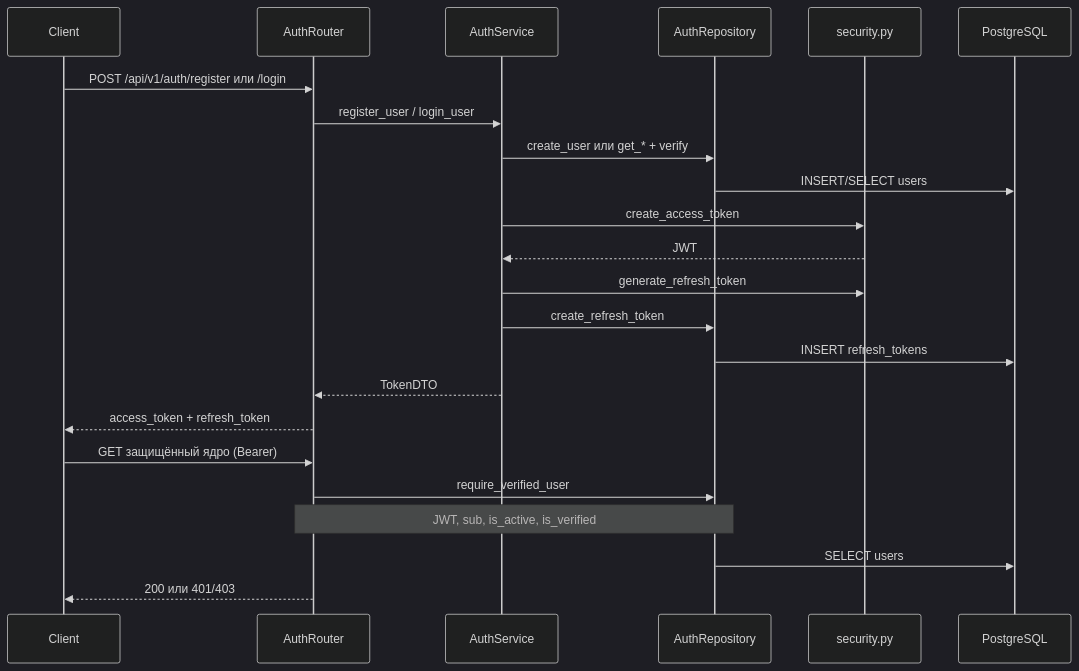
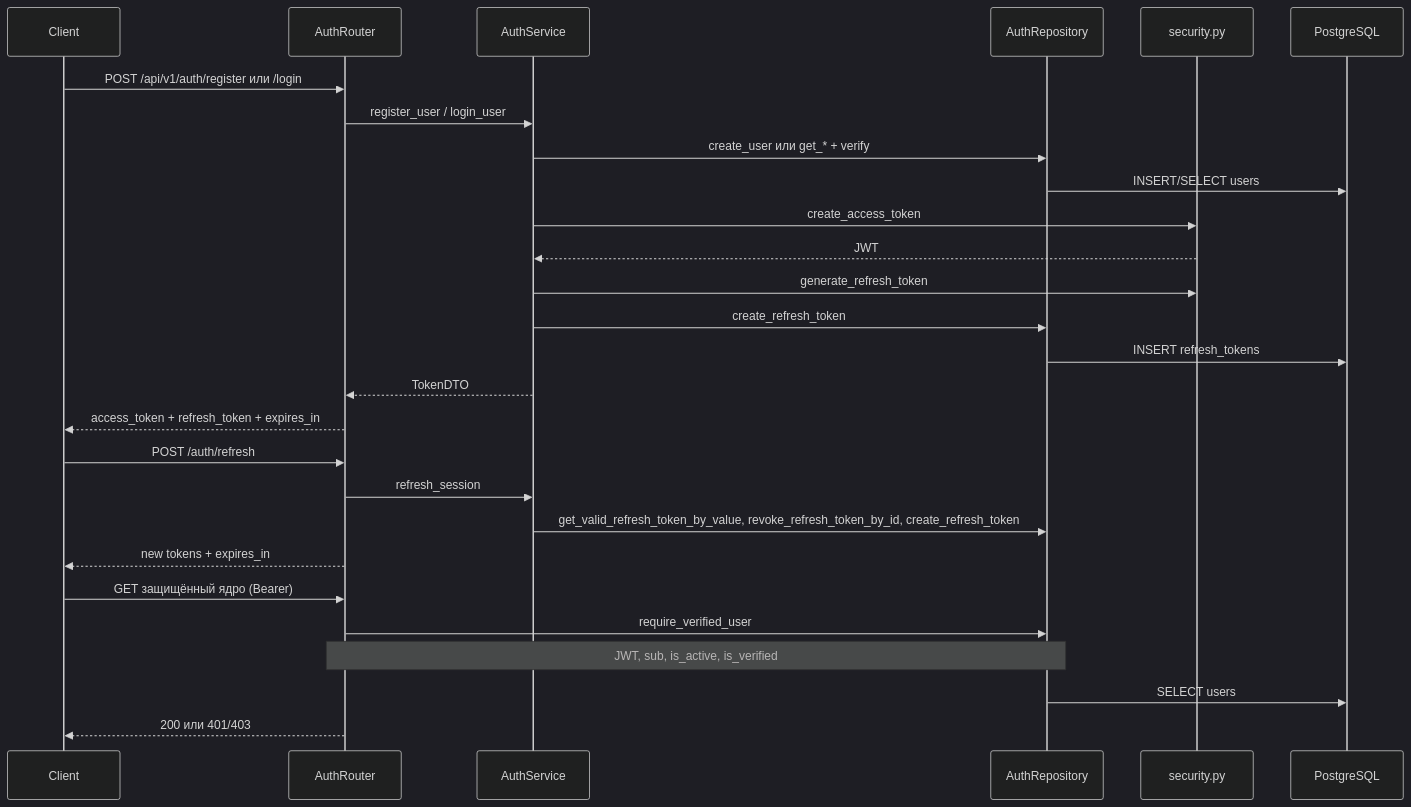
The diagram in docs/AUTHENTICATION.md (n31t/diploma-backend), drawn with Mermaid (dark theme) before and after one commit. The commit also changed other lines of this file and 5 other files, not shown here.

Commit message:
feat: refresh token

````diff
--- a/docs/AUTHENTICATION.md
+++ b/docs/AUTHENTICATION.md
@@ -257,27 +267,32 @@
 ```mermaid
 sequenceDiagram
     participant Client
     participant API as AuthRouter
     participant Svc as AuthService
     participant Repo as AuthRepository
     participant Sec as security.py
     participant DB as PostgreSQL
 
     Client->>API: POST /api/v1/auth/register или /login
     API->>Svc: register_user / login_user
     Svc->>Repo: create_user или get_* + verify
     Repo->>DB: INSERT/SELECT users
     Svc->>Sec: create_access_token
     Sec-->>Svc: JWT
     Svc->>Sec: generate_refresh_token
     Svc->>Repo: create_refresh_token
     Repo->>DB: INSERT refresh_tokens
     Svc-->>API: TokenDTO
-    API-->>Client: access_token + refresh_token
+    API-->>Client: access_token + refresh_token + expires_in
+
+    Client->>API: POST /auth/refresh
+    API->>Svc: refresh_session
+    Svc->>Repo: get_valid_refresh_token_by_value, revoke_refresh_token_by_id, create_refresh_token
+    API-->>Client: new tokens + expires_in
 
     Client->>API: GET защищённый ядро (Bearer)
     API->>Repo: require_verified_user
     Note over API,Repo: JWT, sub, is_active, is_verified
     Repo->>DB: SELECT users
     API-->>Client: 200 или 401/403
 ```
````
